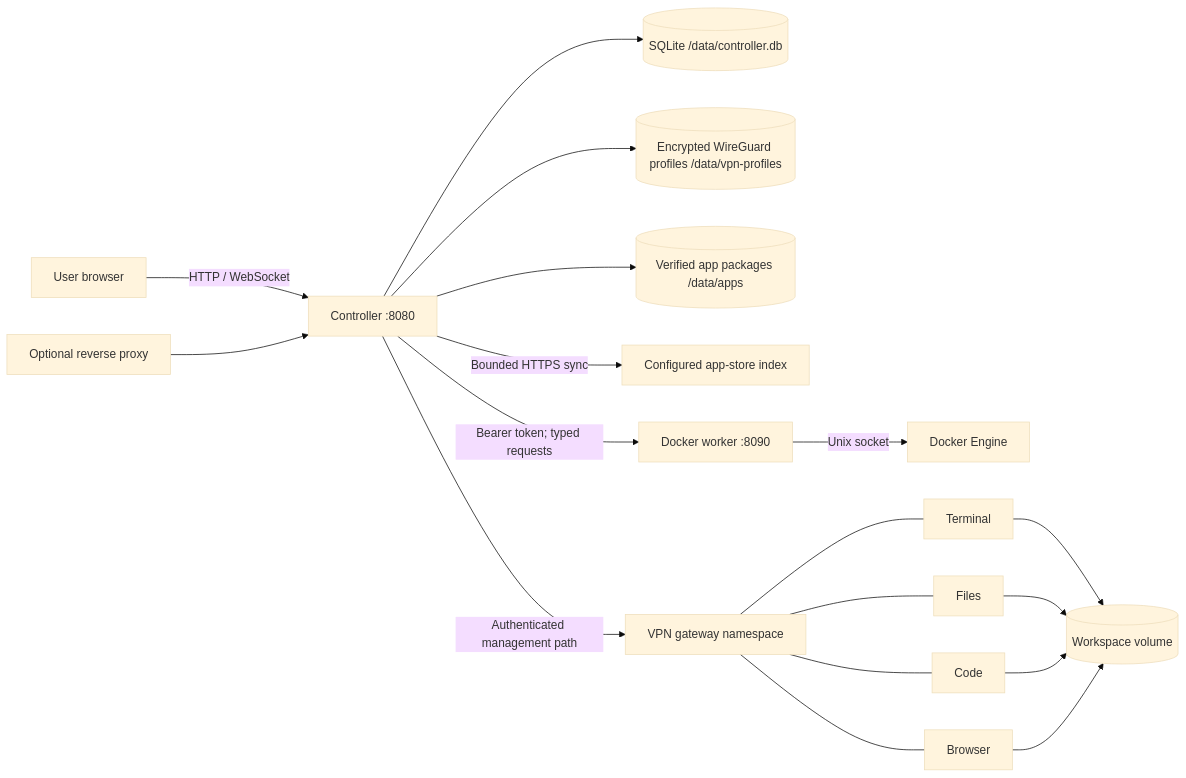
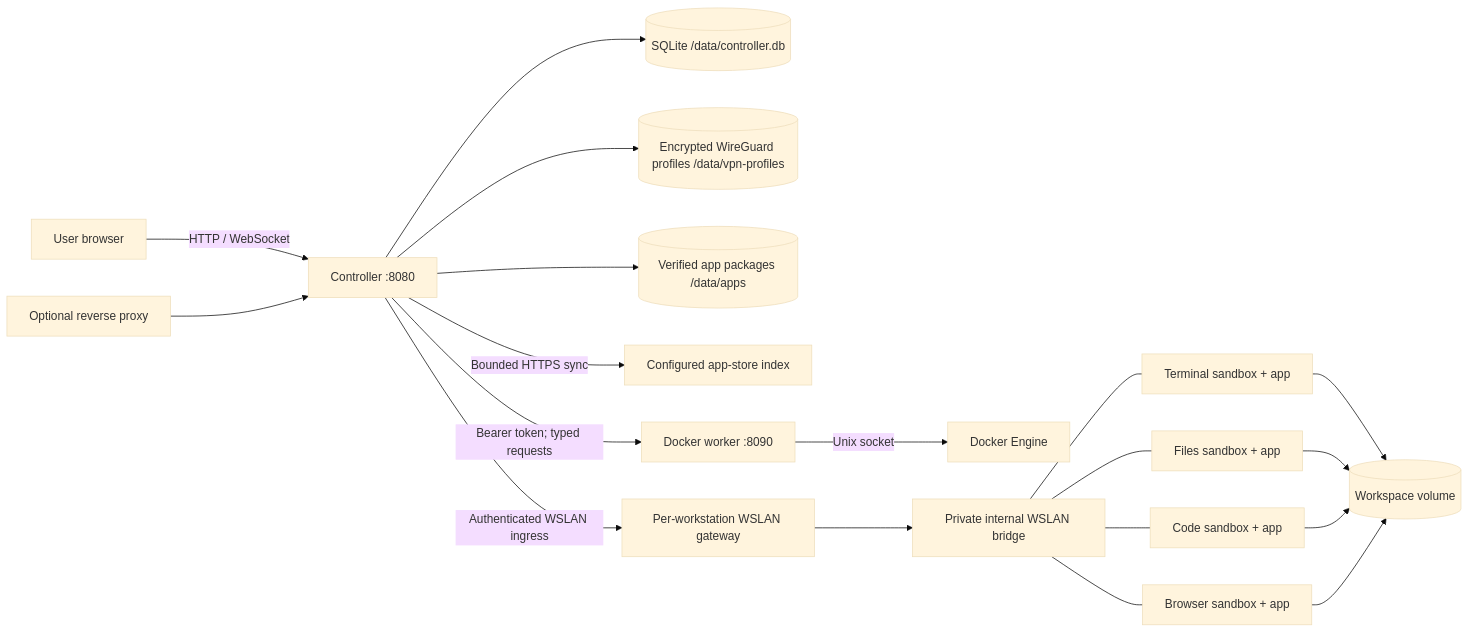
One commit to matthewsawatzky/contain-yourself changed the diagram in docs/architecture.md. Above: the diagram before and after it, drawn with Mermaid (base theme). The commit also changed other lines of this file and 24 other files, not shown here.

Commit message:
Add per-workstation WSLAN networking

````diff
--- a/docs/architecture.md
+++ b/docs/architecture.md
@@ -5,17 +5,18 @@
 ```mermaid
 flowchart LR
   U["User browser"] -->|"HTTP / WebSocket"| C["Controller :8080"]
   RP["Optional reverse proxy"] --> C
   C --> DB[("SQLite /data/controller.db")]
   C --> VP[("Encrypted WireGuard profiles /data/vpn-profiles")]
   C --> AS[("Verified app packages /data/apps")]
   C -->|"Bounded HTTPS sync"| CAT["Configured app-store index"]
   C -->|"Bearer token; typed requests"| W["Docker worker :8090"]
   W -->|"Unix socket"| D["Docker Engine"]
-  C -->|"Authenticated management path"| G["VPN gateway namespace"]
-  G --- T["Terminal"]
-  G --- F["Files"]
-  G --- E["Code"]
-  G --- B["Browser"]
+  C -->|"Authenticated WSLAN ingress"| G["Per-workstation WSLAN gateway"]
+  G --> N["Private internal WSLAN bridge"]
+  N --- T["Terminal sandbox + app"]
+  N --- F["Files sandbox + app"]
+  N --- E["Code sandbox + app"]
+  N --- B["Browser sandbox + app"]
   T & F & E & B --> V[("Workspace volume")]
 ```
````
